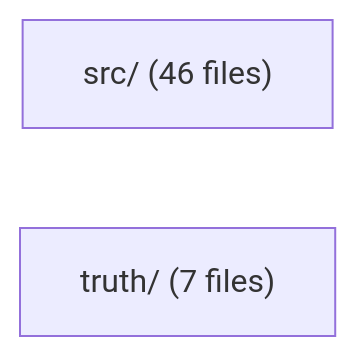
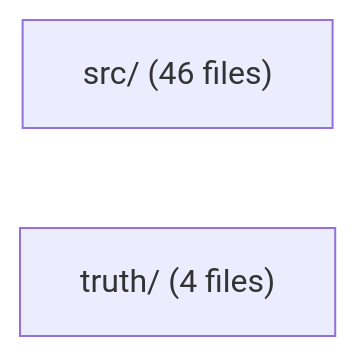
One commit to sns45/greplost changed the first of 6 diagrams in .greplost/packages/greplost__bench/MAP.md. Above: the diagram before and after it, drawn with Mermaid. The commit also changed other lines of this file and 13 other files, not shown here.

````diff
--- a/.greplost/packages/greplost__bench/MAP.md
+++ b/.greplost/packages/greplost__bench/MAP.md
@@ -139,5 +130,5 @@
 ```mermaid
 graph LR
   bench_src["src/ #40;46 files#41;"]
-  bench_truth["truth/ #40;7 files#41;"]
+  bench_truth["truth/ #40;4 files#41;"]
 ```
````
